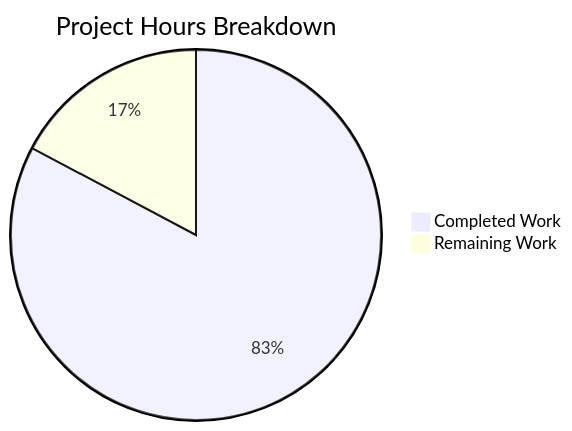
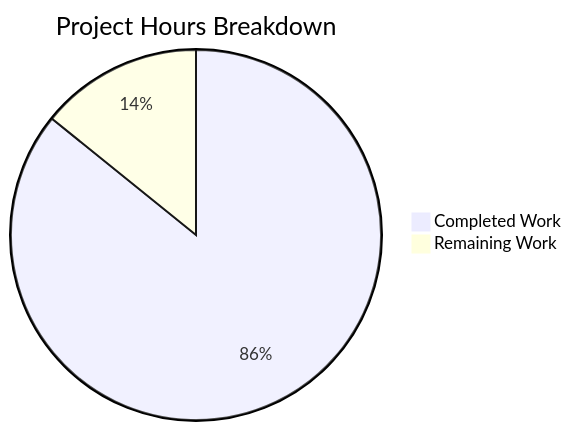
Before and after one commit to Blitzy-Sandbox/blitzy-cal: the second of 2 diagrams in blitzy/documentation/Project Guide.md, drawn with Mermaid. The commit also changed other lines of this file, not shown here.

Commit message:
Adding Blitzy Project Guide: Project Status and Human Tasks Remaining

````diff
--- a/blitzy/documentation/Project Guide.md
+++ b/blitzy/documentation/Project Guide.md
@@ -217,5 +192,5 @@
 ```mermaid
 pie title Project Hours Breakdown
-    "Completed Work" : 144
-    "Remaining Work" : 30
+    "Completed Work" : 127
+    "Remaining Work" : 21
 ```
````
